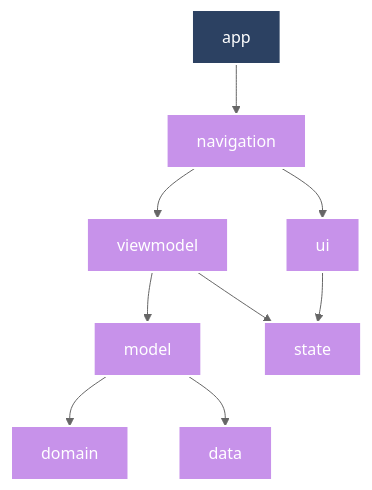
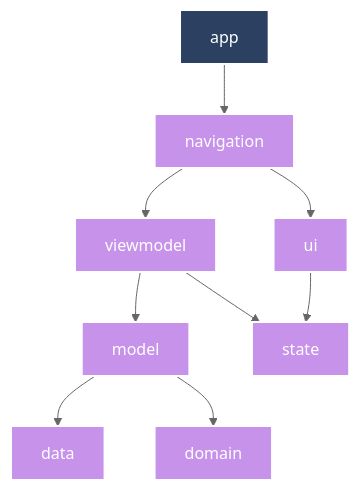
The diagram in README.md (lulkr/string-notebook), drawn with Mermaid before and after one commit. The commit also changed other lines of this file, not shown here.

````diff
--- a/README.md
+++ b/README.md
@@ -63,38 +78,38 @@
 ```mermaid
 %%{
   init: {
     'theme': 'neutral'
   }
 }%%
 
 graph TB
   :app["app"]
   :data["data"]
   :domain["domain"]
   :model["model"]
   :navigation["navigation"]
   :state["state"]
   :ui["ui"]
   :viewmodel["viewmodel"]
 
   :app --> :navigation
+  :model --> :data
   :model --> :domain
-  :model --> :data
   :navigation --> :ui
   :navigation --> :viewmodel
+  :viewmodel --> :model
   :viewmodel --> :state
-  :viewmodel --> :model
   :ui --> :state
 
 classDef android-application fill:#2C4162,stroke:#fff,stroke-width:2px,color:#fff;
 classDef kotlin-multiplatform fill:#C792EA,stroke:#fff,stroke-width:2px,color:#fff;
         
 class :app android-application
 class :data kotlin-multiplatform
 class :domain kotlin-multiplatform
 class :model kotlin-multiplatform
 class :navigation kotlin-multiplatform
 class :state kotlin-multiplatform
 class :ui kotlin-multiplatform
 class :viewmodel kotlin-multiplatform
 ```
````
